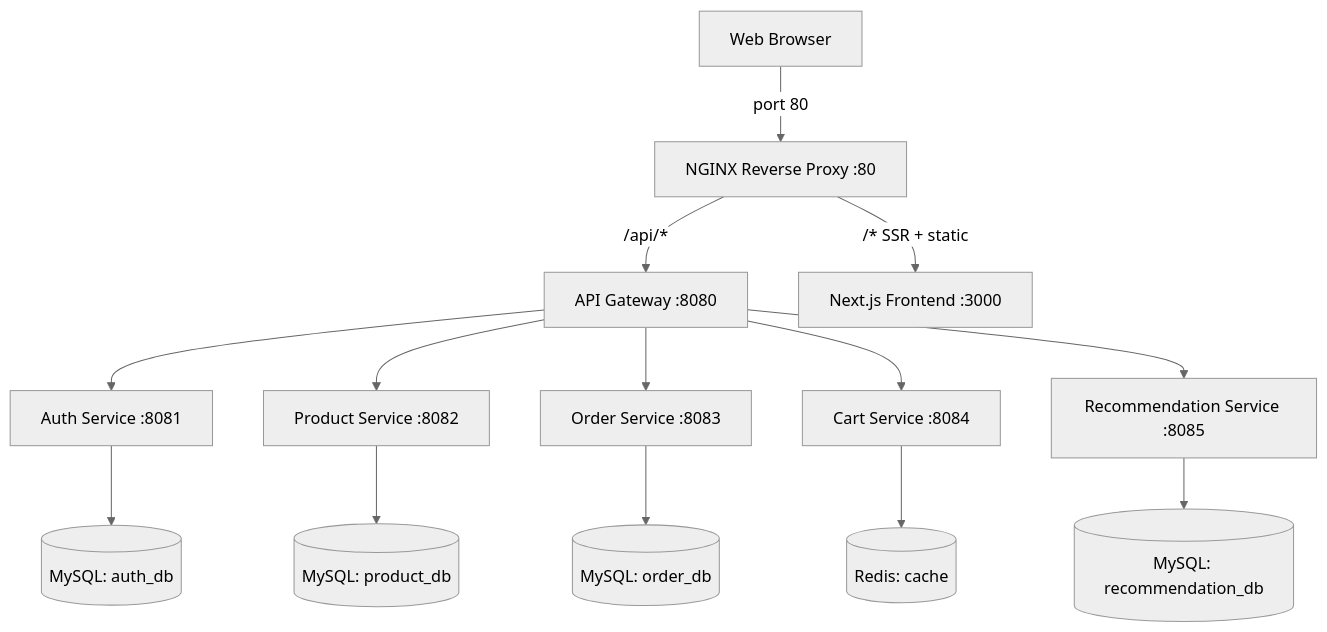
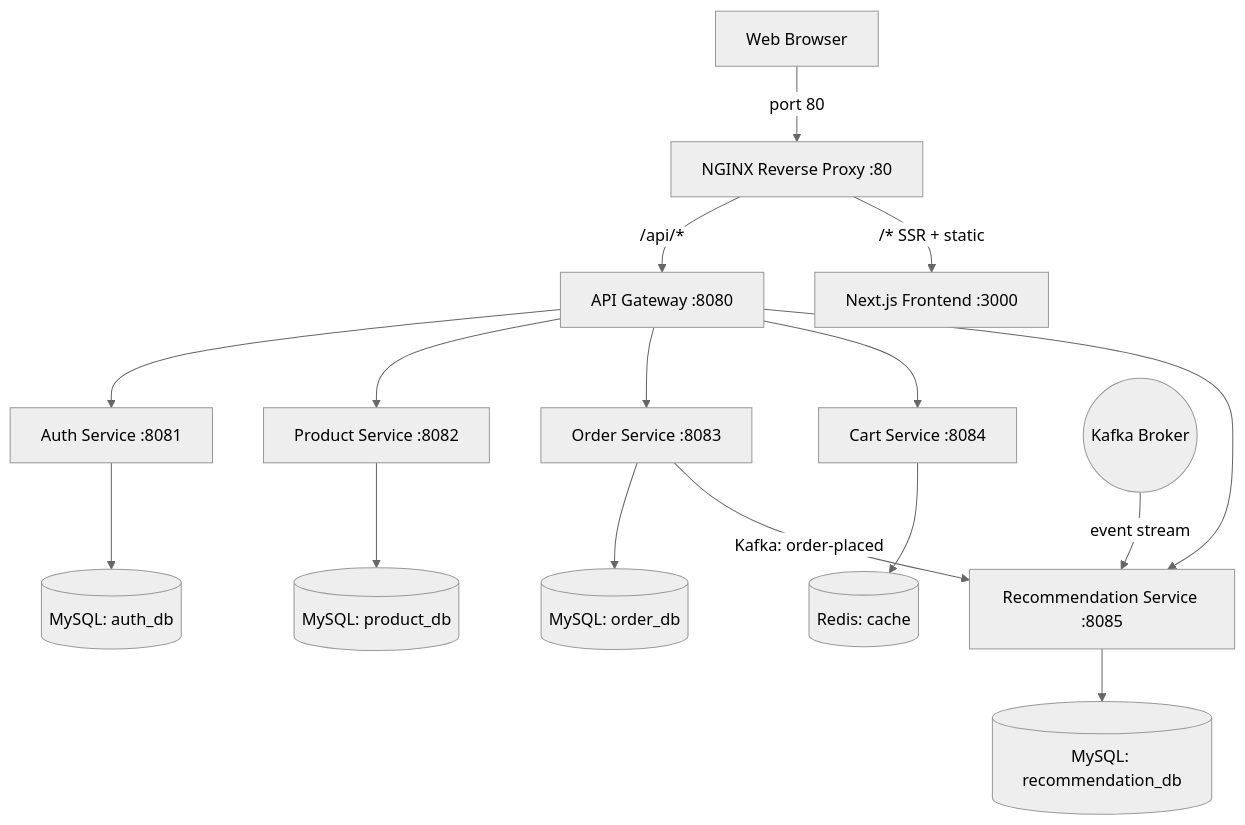
The diagram in README.md (AkhilMylaram/IceCream-Hub), drawn with Mermaid (neutral theme) before and after one commit. The commit also changed other lines of this file and 22 other files, not shown here.

````diff
--- a/README.md
+++ b/README.md
@@ -47,17 +47,20 @@
 ```mermaid
 graph TD
     Browser[Web Browser] -->|port 80| NGINX[NGINX Reverse Proxy :80]
     NGINX -->|/api/*| Gateway[API Gateway :8080]
     NGINX -->|/* SSR + static| Frontend[Next.js Frontend :3000]
     Gateway --> Auth[Auth Service :8081]
     Gateway --> Product[Product Service :8082]
     Gateway --> Order[Order Service :8083]
     Gateway --> Cart[Cart Service :8084]
     Gateway --> Rec[Recommendation Service :8085]
     
     Auth --> AuthDB[(MySQL: auth_db)]
     Product --> ProductDB[(MySQL: product_db)]
     Order --> OrderDB[(MySQL: order_db)]
+    Order -->|Kafka: order-placed| Rec
     Cart --> CartCache[(Redis: cache)]
     Rec --> RecDB[(MySQL: recommendation_db)]
+    
+    Kafka((Kafka Broker)) -- event stream --> Rec
 ```
````
